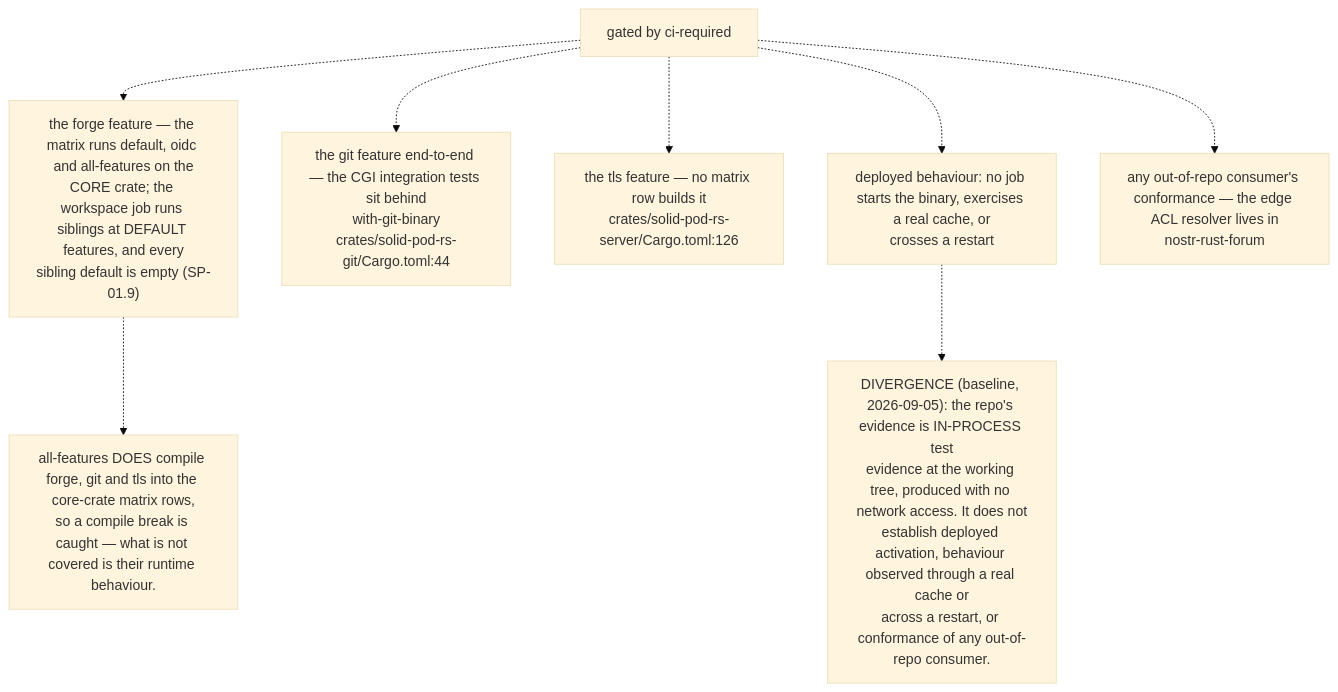
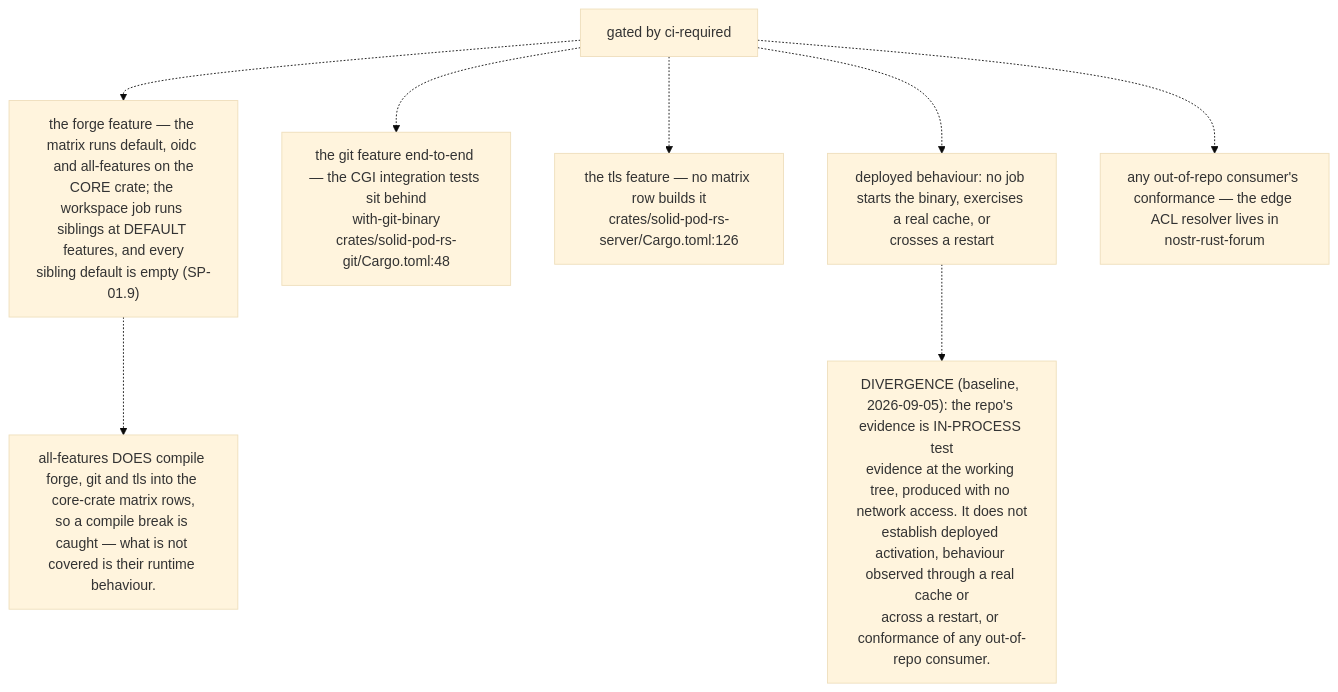
Before and after one commit to DreamLab-AI/VisionFlow: the seventh of 9 diagrams in docs/diagrams/solid-pod-rs/09-ci-release-and-consumer-pins.md, drawn with Mermaid (base theme). The commit also changed other lines of this file and 94 other files, not shown here.

First line of the commit message:
docs(diagrams): re-verify 130 topics against 2 October HEADs

````diff
--- a/docs/diagrams/solid-pod-rs/09-ci-release-and-consumer-pins.md
+++ b/docs/diagrams/solid-pod-rs/09-ci-release-and-consumer-pins.md
@@ -216,20 +220,20 @@
 ```mermaid
 flowchart TD
     GATED["gated by ci-required"]
     NG1["the forge feature — the matrix runs default, oidc and all-features on the<br/>CORE crate; the workspace job runs siblings at DEFAULT features, and every<br/>sibling default is empty (SP-01.9)"]
-    NG2["the git feature end-to-end — the CGI integration tests sit behind<br/>with-git-binary<br/>crates/solid-pod-rs-git/Cargo.toml:44"]
+    NG2["the git feature end-to-end — the CGI integration tests sit behind<br/>with-git-binary<br/>crates/solid-pod-rs-git/Cargo.toml:48"]
     NG3["the tls feature — no matrix row builds it<br/>crates/solid-pod-rs-server/Cargo.toml:126"]
     NG4["deployed behaviour: no job starts the binary, exercises a real cache, or<br/>crosses a restart"]
     NG5["any out-of-repo consumer's conformance — the edge ACL resolver lives in<br/>nostr-rust-forum"]
 
     GATED -.-> NG1
     GATED -.-> NG2
     GATED -.-> NG3
     GATED -.-> NG4
     GATED -.-> NG5
 
     N["DIVERGENCE (baseline, 2026-09-05): the repo's evidence is IN-PROCESS test<br/>evidence at the working tree, produced with no network access. It does not<br/>establish deployed activation, behaviour observed through a real cache or<br/>across a restart, or conformance of any out-of-repo consumer."]
     NG4 -.-> N
     N2["all-features DOES compile forge, git and tls into the core-crate matrix rows,<br/>so a compile break is caught — what is not covered is their runtime behaviour."]
     NG1 -.-> N2
 ```
````
